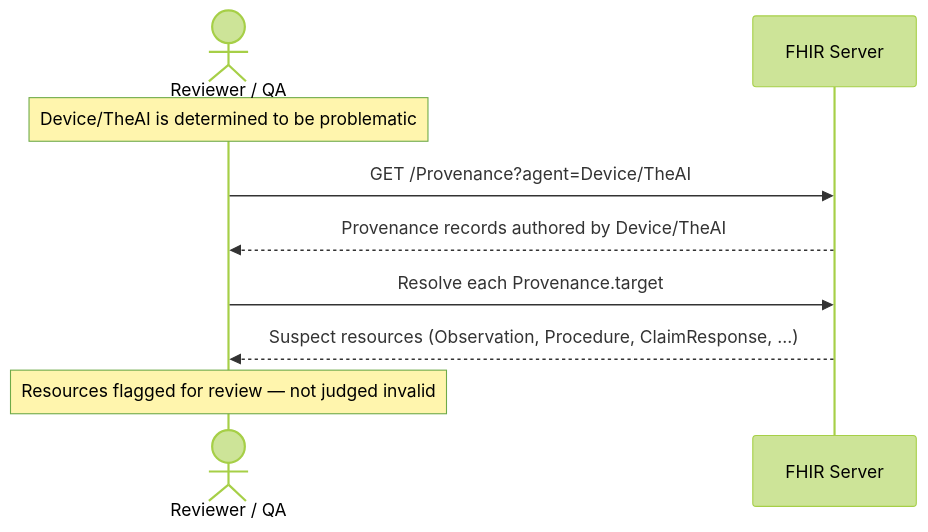
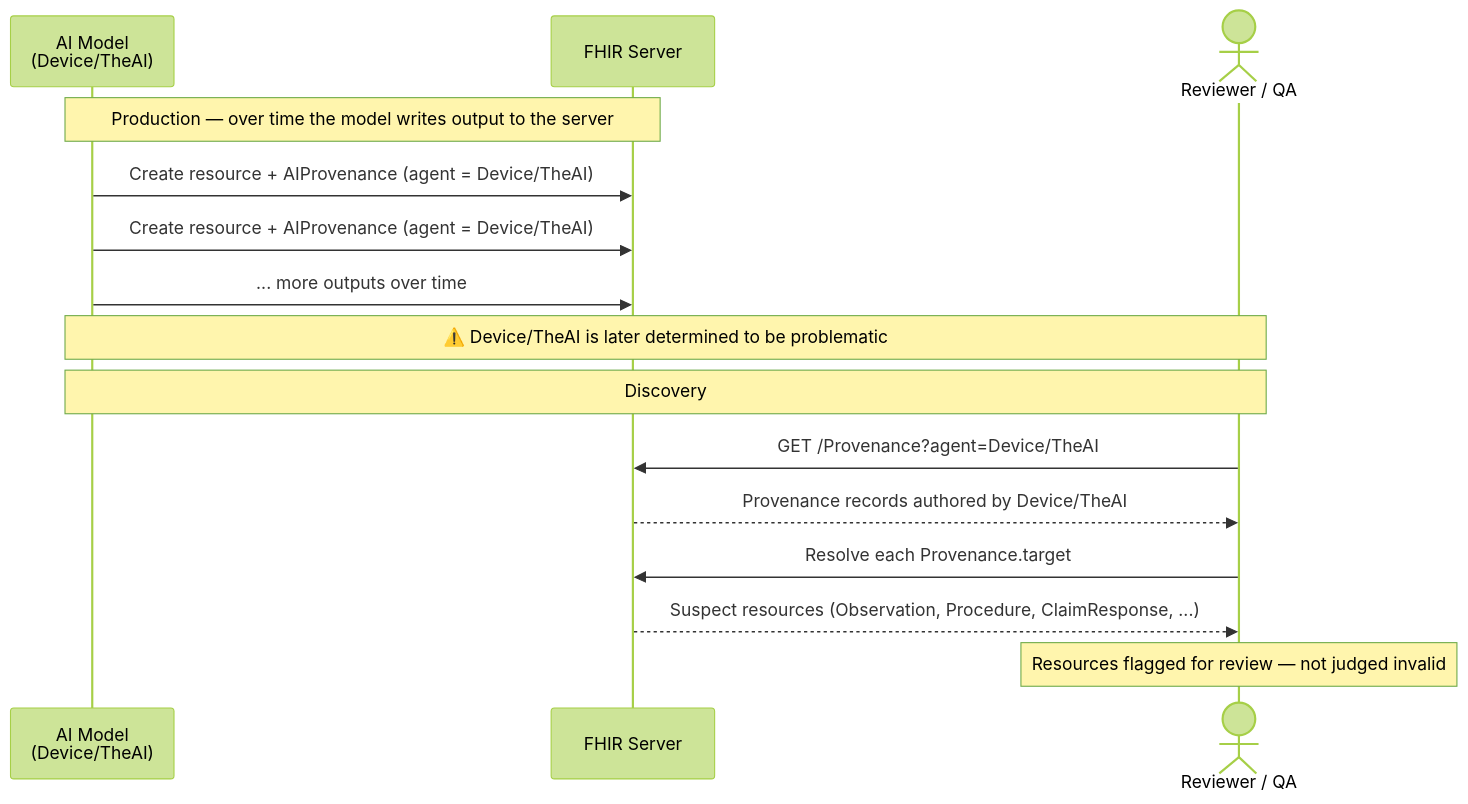
One commit to HL7/aitransparency-ig changed the fourth of 5 diagrams in input/pagecontent/use_cases.md. Above: the diagram before and after it, drawn with Mermaid (forest theme). The commit also changed other lines of this file, not shown here.

Commit message:
Working on FHIR-54278: Improvement to sequence diagrams for use case 3 and 4

````diff
--- a/input/pagecontent/use_cases.md
+++ b/input/pagecontent/use_cases.md
@@ -124,11 +124,20 @@
 ```mermaid
 sequenceDiagram
+    participant AI as AI Model<br/>(Device/TheAI)
+    participant S as FHIR Server
     actor R as Reviewer / QA
-    participant S as FHIR Server
-    Note over R: Device/TheAI is determined to be problematic
+
+    Note over AI,S: Production — over time the model writes output to the server
+    AI->>S: Create resource + AIProvenance (agent = Device/TheAI)
+    AI->>S: Create resource + AIProvenance (agent = Device/TheAI)
+    AI->>S: ... more outputs over time
+
+    Note over AI,R: ⚠️ Device/TheAI is later determined to be problematic
+
+    Note over AI,R: Discovery
     R->>S: GET /Provenance?agent=Device/TheAI
     S-->>R: Provenance records authored by Device/TheAI
     R->>S: Resolve each Provenance.target
     S-->>R: Suspect resources (Observation, Procedure, ClaimResponse, ...)
     Note over R: Resources flagged for review — not judged invalid
 ```
````
